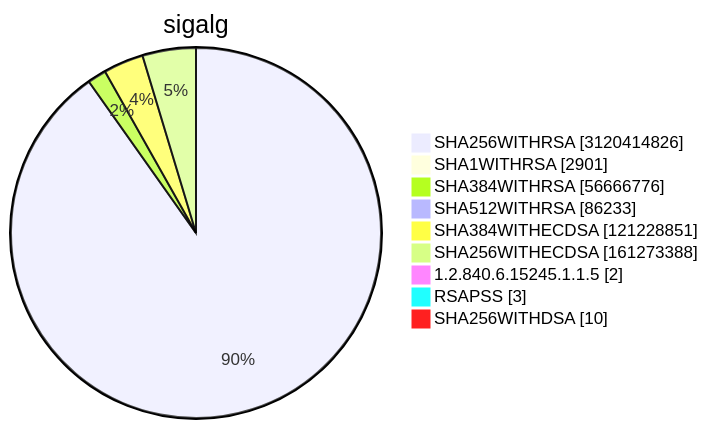
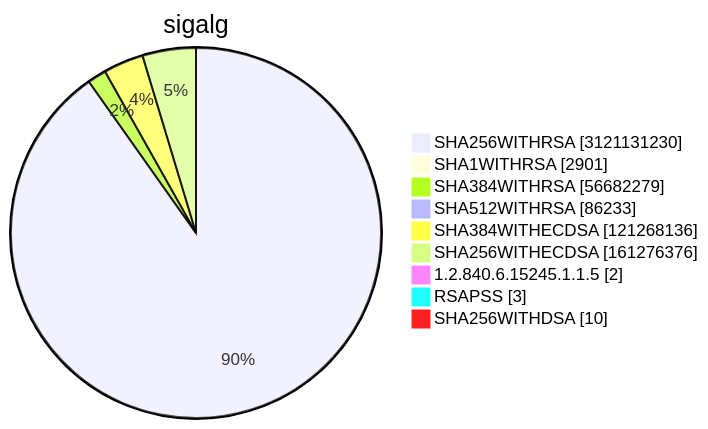
Before and after one commit to christiankrug/ctmonitor_visualization: diagram 15 of 15 in TOTAL/README.md, drawn with Mermaid. The commit also changed other lines of this file, not shown here.

````diff
--- a/TOTAL/README.md
+++ b/TOTAL/README.md
@@ -6212,13 +6212,13 @@
 ```mermaid
 pie showData
 title sigalg
-"SHA256WITHRSA" :3120414826
+"SHA256WITHRSA" :3121131230
 "SHA1WITHRSA" :2901
-"SHA384WITHRSA" :56666776
+"SHA384WITHRSA" :56682279
 "SHA512WITHRSA" :86233
-"SHA384WITHECDSA" :121228851
-"SHA256WITHECDSA" :161273388
+"SHA384WITHECDSA" :121268136
+"SHA256WITHECDSA" :161276376
 "1.2.840.6.15245.1.1.5" :2
 "RSAPSS" :3
 "SHA256WITHDSA" :10
 ```
````
